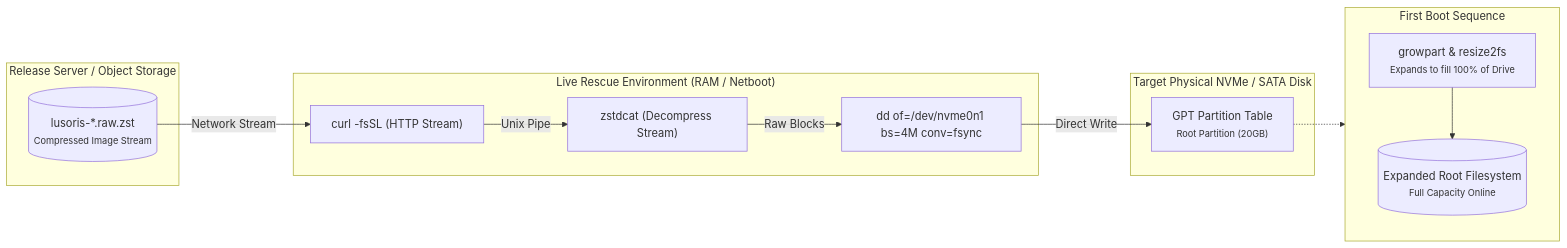
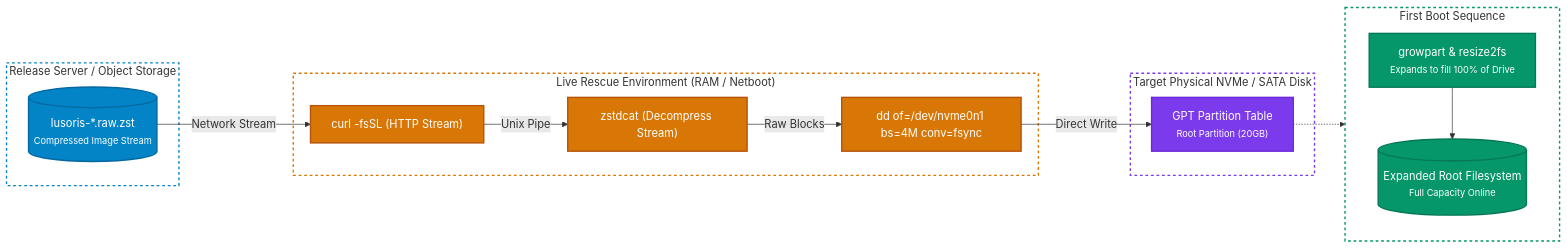
One commit to lusoris/lusoris-cloud-images changed the diagram in docs/platforms/baremetal.md. Above: the diagram before and after it, drawn with Mermaid. The commit also changed 53 other files, not shown here.

First line of the commit message:
feat(agents): implement ai studio managed agents fleet, compliance pipeline, and diagram styling (#24)

````diff
--- a/docs/platforms/baremetal.md
+++ b/docs/platforms/baremetal.md
@@ -20,27 +20,38 @@
 ```mermaid
 flowchart LR
+    %% Semantic class definitions with vibrant, high-contrast jewel palettes
+    classDef rescue fill:#d97706,stroke:#b45309,stroke-width:2px,color:#ffffff
+    classDef remote fill:#0284c7,stroke:#0369a1,stroke-width:2px,color:#ffffff
+    classDef disk fill:#7c3aed,stroke:#6d28d9,stroke-width:2px,color:#ffffff
+    classDef boot fill:#059669,stroke:#047857,stroke-width:2px,color:#ffffff
+
     subgraph RescueEnv["Live Rescue Environment (RAM / Netboot)"]
-        Curl["curl -fsSL (HTTP Stream)"]
-        Zstd["zstdcat (Decompress Stream)"]
-        DD["dd of=/dev/nvme0n1 bs=4M conv=fsync"]
+        Curl["curl -fsSL (HTTP Stream)"]:::rescue
+        Zstd["zstdcat (Decompress Stream)"]:::rescue
+        DD["dd of=/dev/nvme0n1 bs=4M conv=fsync"]:::rescue
         Curl -->|Unix Pipe| Zstd -->|Raw Blocks| DD
     end
 
     subgraph RemoteStorage["Release Server / Object Storage"]
-        RemoteImg[("lusoris-*.raw.zst<br/><small>Compressed Image Stream</small>")]
+        RemoteImg[("lusoris-*.raw.zst<br/><small>Compressed Image Stream</small>")]:::remote
     end
 
     subgraph TargetDrive["Target Physical NVMe / SATA Disk"]
-        GPT["GPT Partition Table<br/><small>Root Partition (20GB)</small>"]
+        GPT["GPT Partition Table<br/><small>Root Partition (20GB)</small>"]:::disk
     end
 
     subgraph FirstBoot["First Boot Sequence"]
-        Growpart["growpart & resize2fs<br/><small>Expands to fill 100% of Drive</small>"]
-        FullRoot[("Expanded Root Filesystem<br/><small>Full Capacity Online</small>")]
+        Growpart["growpart & resize2fs<br/><small>Expands to fill 100% of Drive</small>"]:::boot
+        FullRoot[("Expanded Root Filesystem<br/><small>Full Capacity Online</small>")]:::boot
         Growpart --> FullRoot
     end
 
     RemoteImg -->|Network Stream| Curl
     DD -->|Direct Write| GPT
     GPT -.-> FirstBoot
+
+    style RescueEnv fill:none,stroke:#d97706,stroke-width:2px,stroke-dasharray: 4 4
+    style RemoteStorage fill:none,stroke:#0284c7,stroke-width:2px,stroke-dasharray: 4 4
+    style TargetDrive fill:none,stroke:#7c3aed,stroke-width:2px,stroke-dasharray: 4 4
+    style FirstBoot fill:none,stroke:#059669,stroke-width:2px,stroke-dasharray: 4 4
 ```
````
